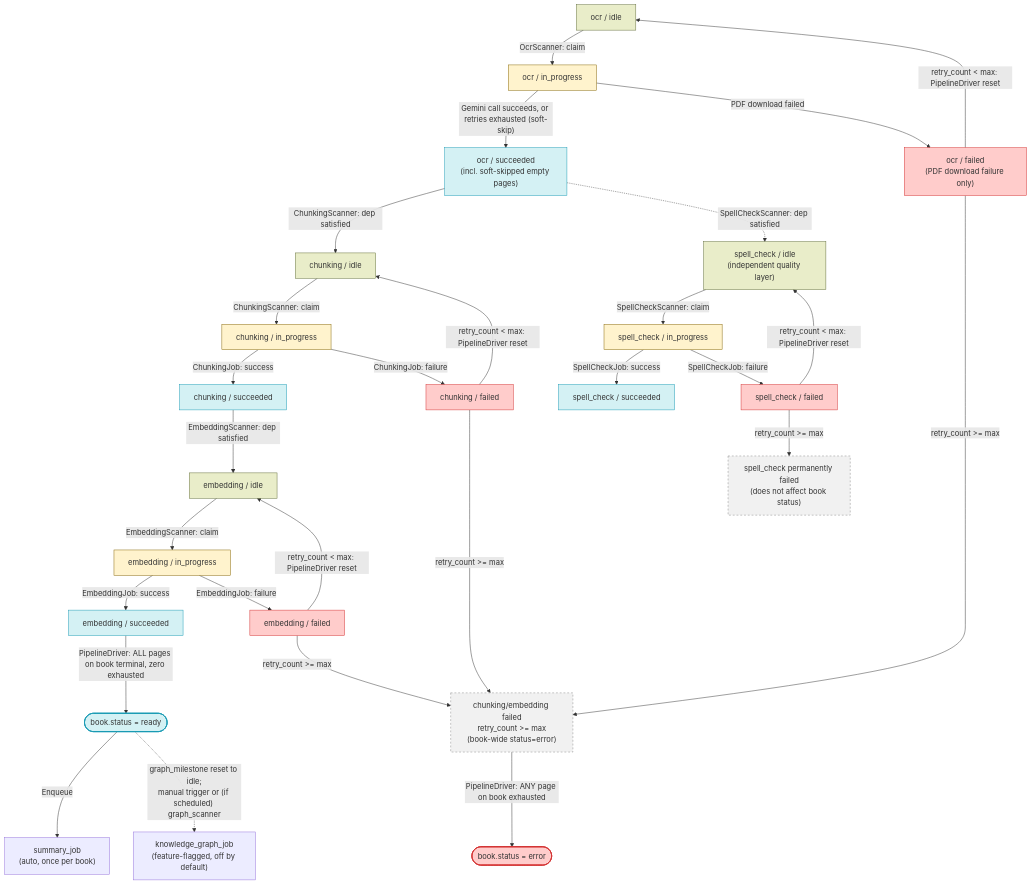
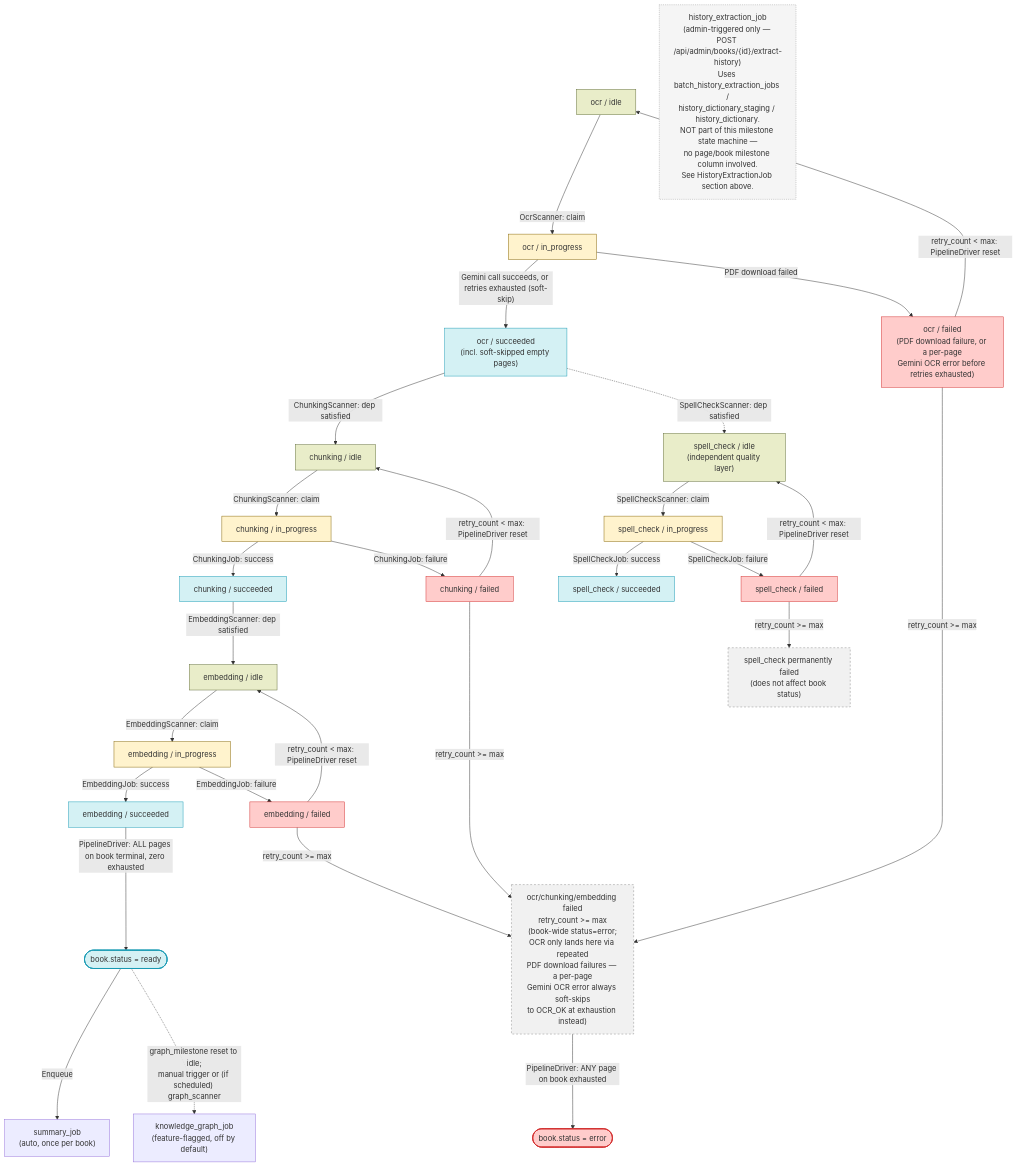
One commit to Kitabim-AI/kitabim-ai changed the diagram in docs/main/WORKER_DESIGN.md. Above: the diagram before and after it, drawn with Mermaid. The commit also changed other lines of this file and 18 other files, not shown here.

Commit message:
feat: implement knowledge graph support, enhance i18n translation fallbacks, and update summary pipeline design.

````diff
--- a/docs/main/WORKER_DESIGN.md
+++ b/docs/main/WORKER_DESIGN.md
@@ -233,68 +233,71 @@
 ```mermaid
 flowchart TD
     OCR_IDLE["ocr / idle"]
     OCR_IP["ocr / in_progress"]
     OCR_OK["ocr / succeeded<br/>(incl. soft-skipped empty pages)"]
-    OCR_FAIL["ocr / failed<br/>(PDF download failure only)"]
+    OCR_FAIL["ocr / failed<br/>(PDF download failure, or a per-page<br/>Gemini OCR error before retries exhausted)"]
     CHUNK_IDLE["chunking / idle"]
     CHUNK_IP["chunking / in_progress"]
     CHUNK_OK["chunking / succeeded"]
     CHUNK_FAIL["chunking / failed"]
     EMB_IDLE["embedding / idle"]
     EMB_IP["embedding / in_progress"]
     EMB_OK["embedding / succeeded"]
     EMB_FAIL["embedding / failed"]
     SPELL_IDLE["spell_check / idle<br/>(independent quality layer)"]
     SPELL_IP["spell_check / in_progress"]
     SPELL_OK["spell_check / succeeded"]
     SPELL_FAIL["spell_check / failed"]
-    EXHAUSTED["chunking/embedding failed<br/>retry_count >= max<br/>(book-wide status=error)"]
+    EXHAUSTED["ocr/chunking/embedding failed<br/>retry_count >= max<br/>(book-wide status=error;<br/>OCR only lands here via repeated<br/>PDF download failures — a per-page<br/>Gemini OCR error always soft-skips<br/>to OCR_OK at exhaustion instead)"]
+    HISTORY_NOTE["history_extraction_job<br/>(admin-triggered only — POST /api/admin/books/{id}/extract-history)<br/>Uses batch_history_extraction_jobs /<br/>history_dictionary_staging / history_dictionary.<br/>NOT part of this milestone state machine —<br/>no page/book milestone column involved.<br/>See HistoryExtractionJob section above."]
 
     OCR_IDLE -->|OcrScanner: claim| OCR_IP
     OCR_IP -->|"Gemini call succeeds, or retries exhausted (soft-skip)"| OCR_OK
     OCR_IP -->|PDF download failed| OCR_FAIL
     OCR_FAIL -->|retry_count < max: PipelineDriver reset| OCR_IDLE
     OCR_FAIL -->|retry_count >= max| EXHAUSTED
     OCR_OK -->|ChunkingScanner: dep satisfied| CHUNK_IDLE
     OCR_OK -.->|SpellCheckScanner: dep satisfied| SPELL_IDLE
 
     CHUNK_IDLE -->|ChunkingScanner: claim| CHUNK_IP
     CHUNK_IP -->|ChunkingJob: success| CHUNK_OK
     CHUNK_IP -->|ChunkingJob: failure| CHUNK_FAIL
     CHUNK_FAIL -->|retry_count < max: PipelineDriver reset| CHUNK_IDLE
     CHUNK_FAIL -->|retry_count >= max| EXHAUSTED
     CHUNK_OK -->|EmbeddingScanner: dep satisfied| EMB_IDLE
 
     EMB_IDLE -->|EmbeddingScanner: claim| EMB_IP
     EMB_IP -->|EmbeddingJob: success| EMB_OK
     EMB_IP -->|EmbeddingJob: failure| EMB_FAIL
     EMB_FAIL -->|retry_count < max: PipelineDriver reset| EMB_IDLE
     EMB_FAIL -->|retry_count >= max| EXHAUSTED
     EMB_OK -->|"PipelineDriver: ALL pages on book terminal, zero exhausted"| BookReady(["book.status = ready"])
     EXHAUSTED -->|"PipelineDriver: ANY page on book exhausted"| BookError(["book.status = error"])
 
     BookReady -->|Enqueue| SummaryJob["summary_job<br/>(auto, once per book)"]
     BookReady -.->|"graph_milestone reset to idle;<br/>manual trigger or (if scheduled) graph_scanner"| KGJob["knowledge_graph_job<br/>(feature-flagged, off by default)"]
 
     SPELL_IDLE -->|SpellCheckScanner: claim| SPELL_IP
     SPELL_IP -->|SpellCheckJob: success| SPELL_OK
     SPELL_IP -->|SpellCheckJob: failure| SPELL_FAIL
     SPELL_FAIL -->|retry_count < max: PipelineDriver reset| SPELL_IDLE
     SPELL_FAIL -->|retry_count >= max| SPELL_TERMINAL["spell_check permanently failed<br/>(does not affect book status)"]
 
     classDef idle fill:#e9edc9,stroke:#606c38
     classDef active fill:#fff3cd,stroke:#856404
     classDef done fill:#d4f1f4,stroke:#189ab4
     classDef fail fill:#ffcccb,stroke:#d32f2f
     classDef terminal fill:#f1f1f1,stroke:#888,stroke-dasharray:4 4
     classDef book fill:#d4f1f4,stroke:#189ab4,stroke-width:2px
     classDef bookErr fill:#ffcccb,stroke:#d32f2f,stroke-width:2px
+    classDef note fill:#f5f5f5,stroke:#999,stroke-dasharray:2 2
 
     class OCR_IDLE,CHUNK_IDLE,EMB_IDLE,SPELL_IDLE idle
     class OCR_IP,CHUNK_IP,EMB_IP,SPELL_IP active
     class OCR_OK,CHUNK_OK,EMB_OK,SPELL_OK done
     class OCR_FAIL,CHUNK_FAIL,EMB_FAIL,SPELL_FAIL fail
     class EXHAUSTED,SPELL_TERMINAL terminal
     class BookReady book
     class BookError bookErr
+    class HISTORY_NOTE note
 ```
````
